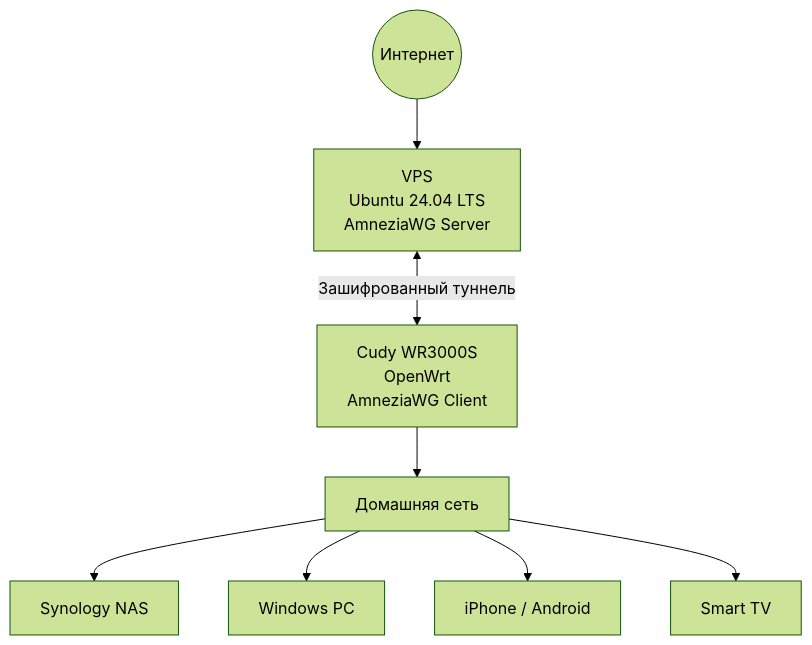
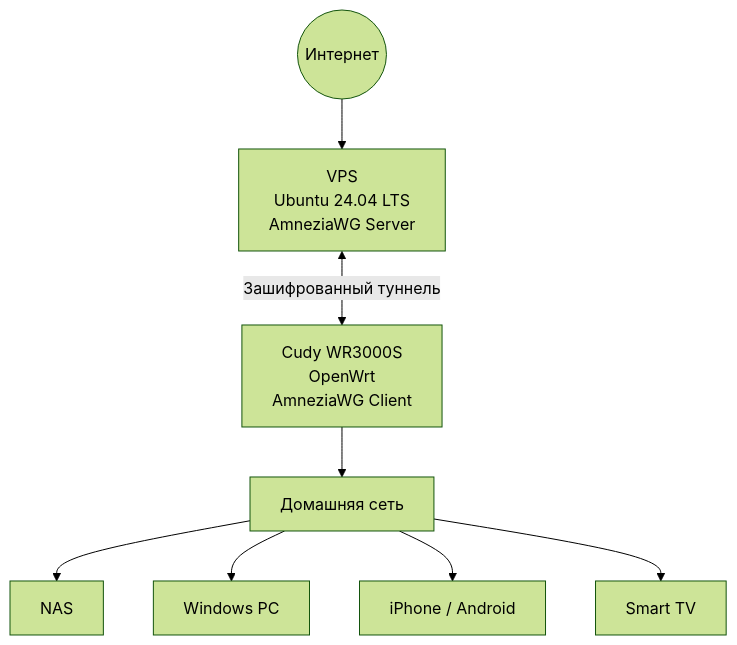
Before and after one commit to mannaro/amneziawg-selfhost: the diagram in README.md, drawn with Mermaid (forest theme). The commit also changed other lines of this file, not shown here.

Commit message:
update README architecture and chapter 4

````diff
--- a/README.md
+++ b/README.md
@@ -33,30 +33,30 @@
 ```mermaid
 flowchart TB
 
     Internet((Интернет))
 
     VPS["VPS<br/>Ubuntu 24.04 LTS<br/>AmneziaWG Server"]
 
     Router["Cudy WR3000S<br/>OpenWrt<br/>AmneziaWG Client"]
 
     LAN["Домашняя сеть"]
 
-    NAS["Synology NAS"]
+    NAS["NAS"]
 
     PC["Windows PC"]
 
     Mobile["iPhone / Android"]
 
     TV["Smart TV"]
 
     Internet --> VPS
 
     VPS <-->|Зашифрованный туннель| Router
 
     Router --> LAN
 
     LAN --> NAS
     LAN --> PC
     LAN --> Mobile
     LAN --> TV
 ```
````
